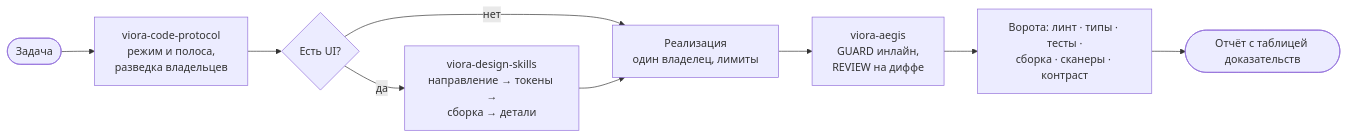
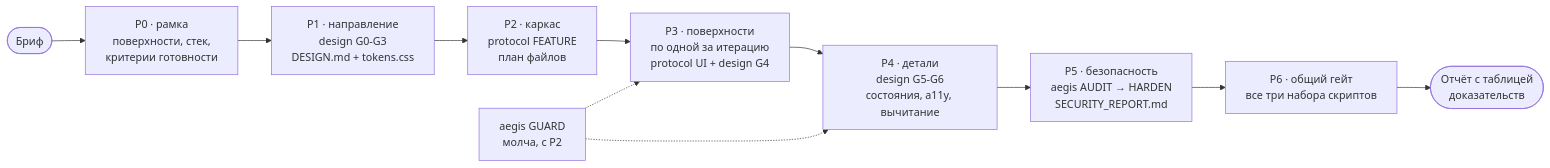
The diagram in README.md (badVIno-ctrl/viora-skills), drawn with Mermaid before and after one commit. The commit also changed other lines of this file, not shown here.

````diff
--- a/README.md
+++ b/README.md
@@ -166,11 +202,13 @@
 ```mermaid
 flowchart LR
-    A([Задача]) --> B[viora-code-protocol<br/>режим и полоса,<br/>разведка владельцев]
-    B --> C{Есть UI?}
-    C -- да --> D[viora-design-skills<br/>направление → токены →<br/>сборка → детали]
-    C -- нет --> E[Реализация<br/>один владелец, лимиты]
-    D --> E
-    E --> F[viora-aegis<br/>GUARD инлайн,<br/>REVIEW на диффе]
-    F --> G[Ворота: линт · типы · тесты ·<br/>сборка · сканеры · контраст]
-    G --> H([Отчёт с таблицей доказательств])
+    A([Бриф]) --> P0[P0 · рамка<br/>поверхности, стек,<br/>критерии готовности]
+    P0 --> P1[P1 · направление<br/>design G0-G3<br/>DESIGN.md + tokens.css]
+    P1 --> P2[P2 · каркас<br/>protocol FEATURE<br/>план файлов]
+    P2 --> P3[P3 · поверхности<br/>по одной за итерацию<br/>protocol UI + design G4]
+    P3 --> P4[P4 · детали<br/>design G5-G6<br/>состояния, a11y, вычитание]
+    P4 --> P5[P5 · безопасность<br/>aegis AUDIT → HARDEN<br/>SECURITY_REPORT.md]
+    P5 --> P6[P6 · общий гейт<br/>все три набора скриптов]
+    P6 --> R([Отчёт с таблицей<br/>доказательств])
+    GU[aegis GUARD<br/>молча, с P2] -.-> P3
+    GU -.-> P4
 ```
````
